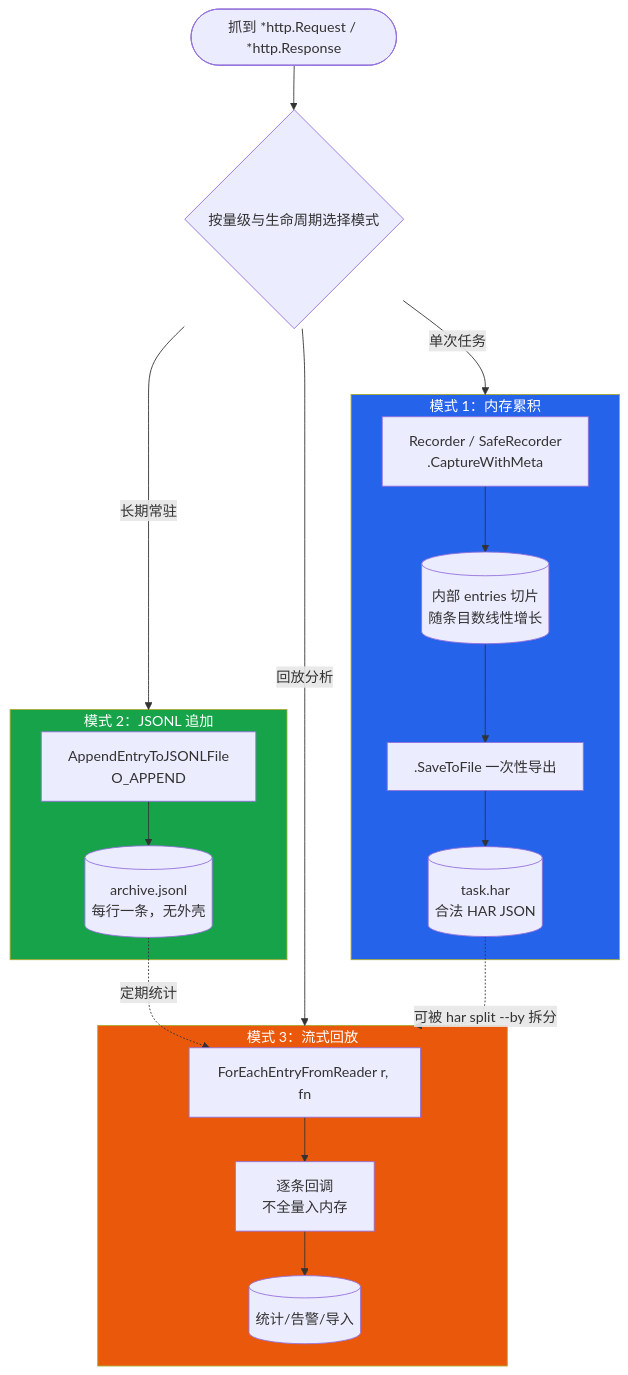
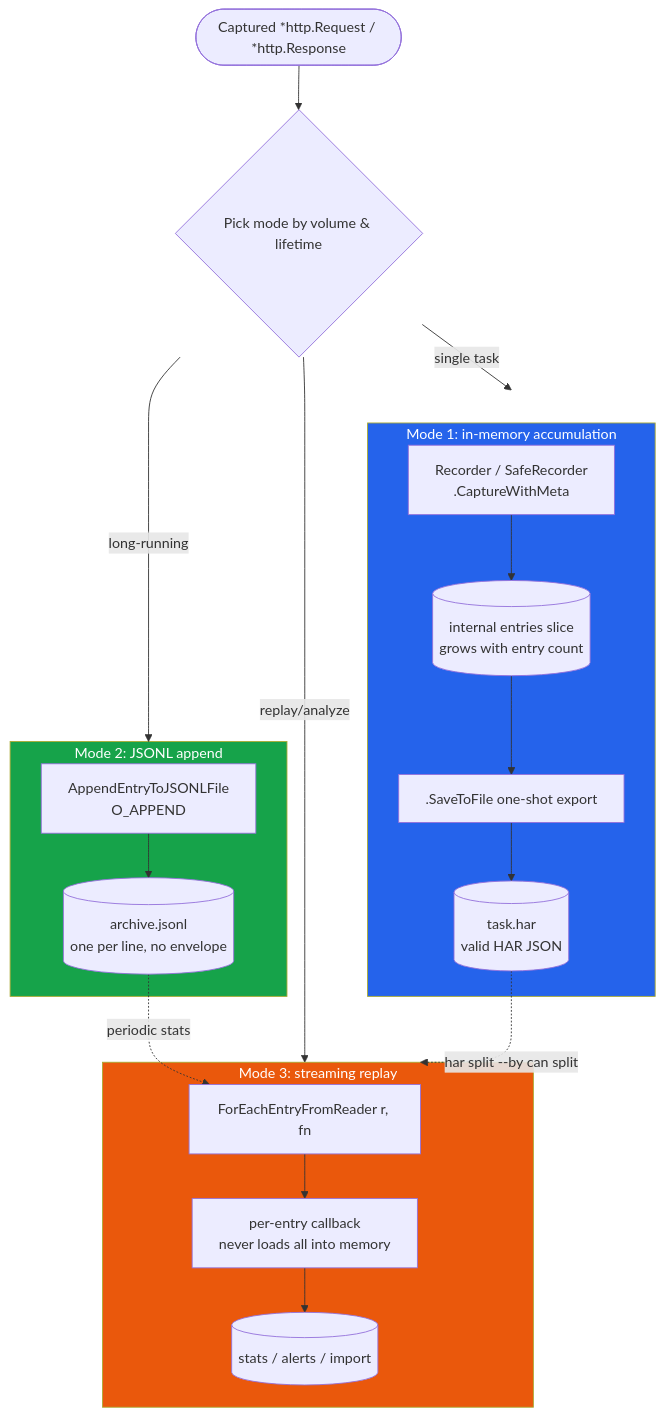
Before and after one commit to hitechcloud-vietnam/har-skills: the first of 3 diagrams in website/zh/sdk/recording-requests.md, drawn with Mermaid. The commit also changed other lines of this file and 97 other files, not shown here.

````diff
--- a/website/zh/sdk/recording-requests.md
+++ b/website/zh/sdk/recording-requests.md
@@ -62,32 +63,32 @@
 ```mermaid
 flowchart TD
-    Src([抓到 *http.Request / *http.Response]) --> Disp{按量级与生命周期选择模式}
+    Src([Captured *http.Request / *http.Response]) --> Disp{Pick mode by volume & lifetime}
 
-    Disp -->|单次任务| M1
-    subgraph M1[模式 1：内存累积]
-        M1A[Recorder / SafeRecorder<br/>.CaptureWithMeta] --> M1B[(内部 entries 切片<br/>随条目数线性增长)]
-        M1B --> M1C[.SaveToFile 一次性导出]
-        M1C --> M1D[("task.har<br/>合法 HAR JSON")]
+    Disp -->|single task| M1
+    subgraph M1[Mode 1: in-memory accumulation]
+        M1A[Recorder / SafeRecorder<br/>.CaptureWithMeta] --> M1B[(internal entries slice<br/>grows with entry count)]
+        M1B --> M1C[.SaveToFile one-shot export]
+        M1C --> M1D[("task.har<br/>valid HAR JSON")]
     end
 
-    Disp -->|长期常驻| M2
-    subgraph M2[模式 2：JSONL 追加]
-        M2A[AppendEntryToJSONLFile<br/>O_APPEND] --> M2B[("archive.jsonl<br/>每行一条，无外壳")]
+    Disp -->|long-running| M2
+    subgraph M2[Mode 2: JSONL append]
+        M2A[AppendEntryToJSONLFile<br/>O_APPEND] --> M2B[("archive.jsonl<br/>one per line, no envelope")]
     end
 
-    Disp -->|回放分析| M3
-    subgraph M3[模式 3：流式回放]
-        M3A[ForEachEntryFromReader r, fn] --> M3B[逐条回调<br/>不全量入内存]
-        M3B --> M3C[(统计/告警/导入)]
+    Disp -->|replay/analyze| M3
+    subgraph M3[Mode 3: streaming replay]
+        M3A[ForEachEntryFromReader r, fn] --> M3B[per-entry callback<br/>never loads all into memory]
+        M3B --> M3C[(stats / alerts / import)]
     end
 
-    M1D -.可被 har split --by 拆分.-> M3
-    M2B -.定期统计.-> M3A
+    M1D -.har split --by can split.-> M3
+    M2B -.periodic stats.-> M3A
 
     M1:::blue
     M2:::green
     M3:::orange
     classDef blue fill:#2563eb,color:#fff;
     classDef green fill:#16a34a,color:#fff;
     classDef orange fill:#ea580c,color:#fff;
 ```
````
